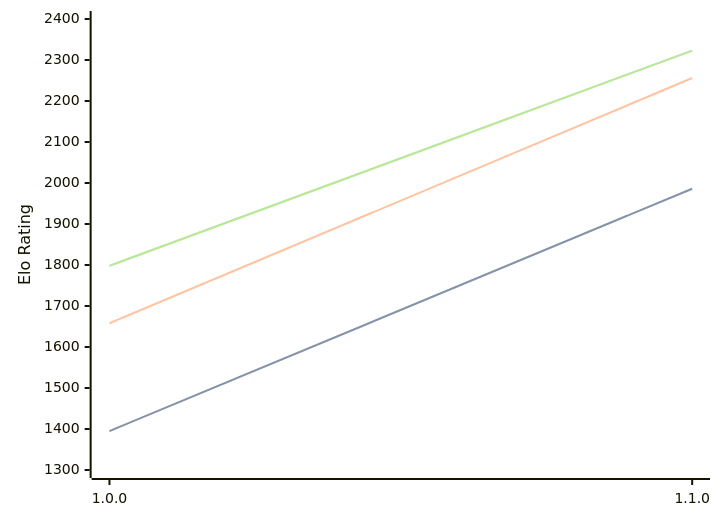
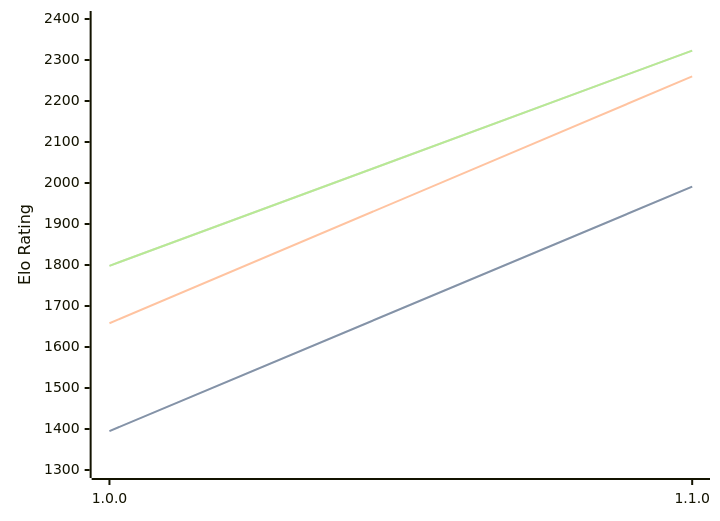
The diagram in engines/Akerbeltz.md (computer-chess-index/cci), drawn with Mermaid before and after one commit. The commit also changed other lines of this file, not shown here.

````diff
--- a/engines/Akerbeltz.md
+++ b/engines/Akerbeltz.md
@@ -32,11 +32,11 @@
 ```mermaid
 %%{init: {"theme":"base","themeVariables":{"seriesColors:['#a3a3a3','#222221','#faa371']}}}%%
 xychart-beta
   x-axis ["1.0.0", "1.1.0"]
   y-axis "Elo Rating" 1300 --> 2400
-  line "STC (8.0+0.08s)" [1395, 1986]
-  line "STC (8.0+0.08s)" [1395, 1986]
-  line "LTC (60.0+0.60s)" [1658, 2256]
+  line "STC (8.0+0.08s)" [1395, 1991]
+  line "STC (8.0+0.08s)" [1395, 1991]
+  line "LTC (60.0+0.60s)" [1658, 2260]
   line "VLTC (2m24s+1.12s)" [1798, 2323]
   line "VLTC (2m24s+1.12s)" [1798, 2323]
 ```
````
